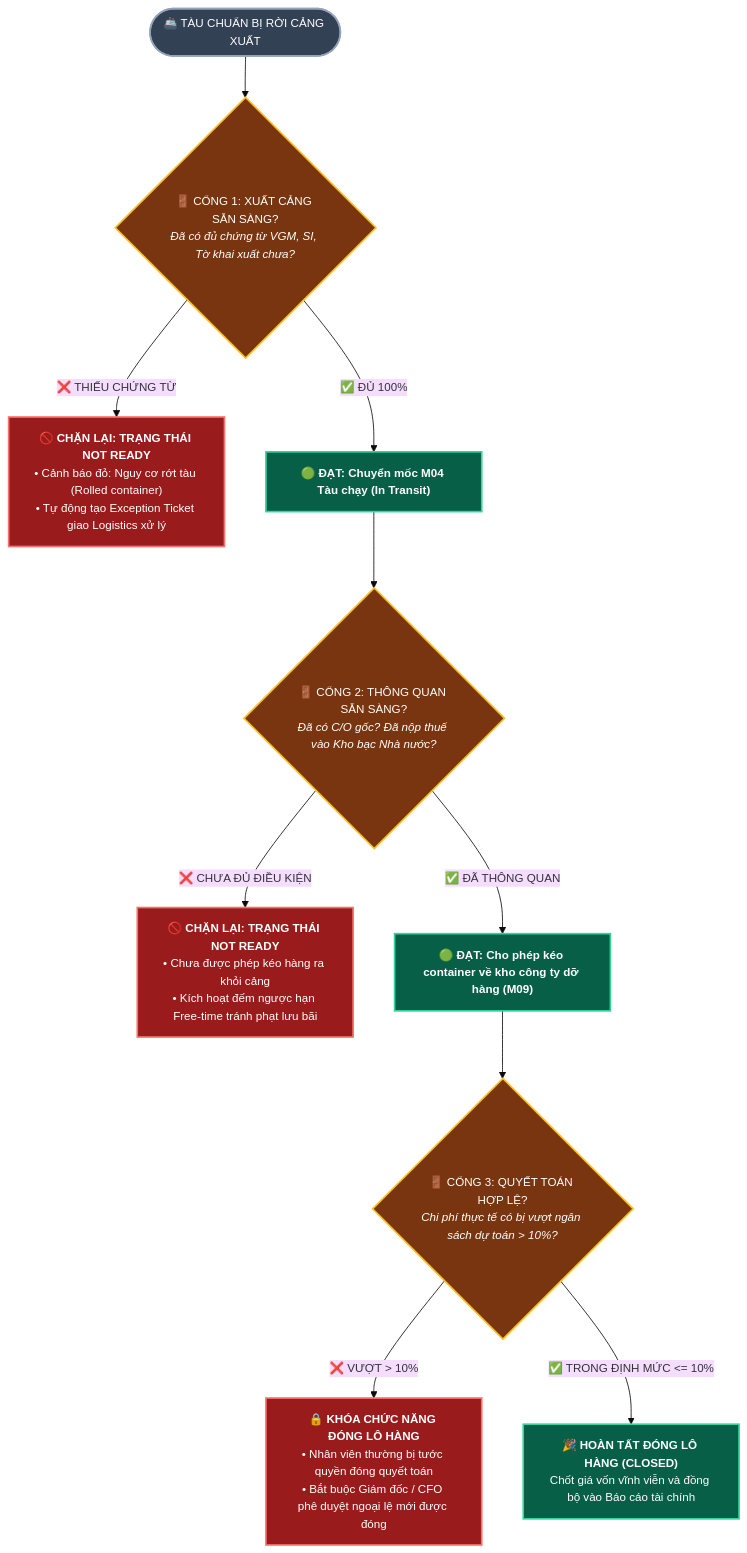
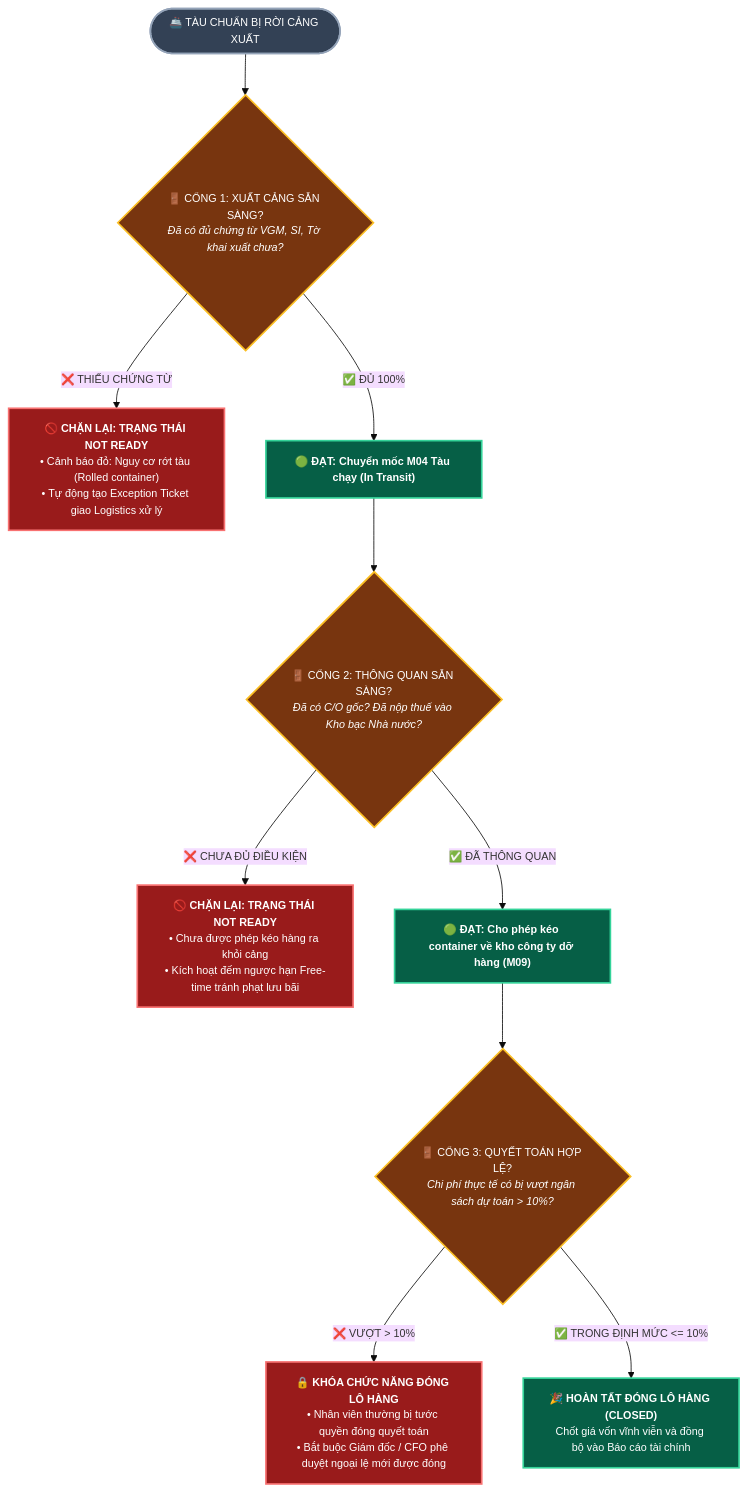
The fourth of 4 diagrams in KIEN_TRUC_HE_THONG_QUAN_TRI_XUAT_NHAP_KHAU.md (capkimkhanh2k5/Logistics_ERPNext_RAG), drawn with Mermaid before and after one commit. The commit also changed other lines of this file, not shown here.

Commit message:
fix(diagrams): resolve text overlap in T5 and integrate Trade Case vs Shipment model

````diff
--- a/KIEN_TRUC_HE_THONG_QUAN_TRI_XUAT_NHAP_KHAU.md
+++ b/KIEN_TRUC_HE_THONG_QUAN_TRI_XUAT_NHAP_KHAU.md
@@ -261,34 +220,29 @@
 ```mermaid
-%%{init: {'theme': 'base', 'themeVariables': { 'fontFamily': 'Arial, sans-serif', 'fontSize': '14px'}}}%%
+%%{init: {'theme': 'base', 'themeVariables': { 'fontFamily': 'Arial, sans-serif', 'fontSize': '13px'}}}%%
 flowchart TD
-    %% KHỞI ĐẦU
     START(["🚢 TÀU CHUẨN BỊ RỜI CẢNG XUẤT"]) --> G1{"🚪 CỔNG 1: XUẤT CẢNG SẴN SÀNG?<br><i>Đã có đủ chứng từ VGM, SI, Tờ khai xuất chưa?</i>"}
 
-    %% GATE 1
     G1 -- "❌ THIẾU CHỨNG TỪ" --> STOP1["🚫 <b>CHẶN LẠI: TRẠNG THÁI NOT READY</b><br>• Cảnh báo đỏ: Nguy cơ rớt tàu (Rolled container)<br>• Tự động tạo Exception Ticket giao Logistics xử lý"]
     G1 -- "✅ ĐỦ 100%" --> PASS1["🟢 <b>ĐẠT: Chuyển mốc M04 Tàu chạy (In Transit)</b>"]
 
-    %% GATE 2
     PASS1 --> G2{"🚪 CỔNG 2: THÔNG QUAN SẴN SÀNG?<br><i>Đã có C/O gốc? Đã nộp thuế vào Kho bạc Nhà nước?</i>"}
     G2 -- "❌ CHƯA ĐỦ ĐIỀU KIỆN" --> STOP2["🚫 <b>CHẶN LẠI: TRẠNG THÁI NOT READY</b><br>• Chưa được phép kéo hàng ra khỏi cảng<br>• Kích hoạt đếm ngược hạn Free-time tránh phạt lưu bãi"]
     G2 -- "✅ ĐÃ THÔNG QUAN" --> PASS2["🟢 <b>ĐẠT: Cho phép kéo container về kho công ty dỡ hàng (M09)</b>"]
 
-    %% GATE 3
     PASS2 --> G3{"🚪 CỔNG 3: QUYẾT TOÁN HỢP LỆ?<br><i>Chi phí thực tế có bị vượt ngân sách dự toán > 10%?</i>"}
     G3 -- "❌ VƯỢT > 10%" --> STOP3["🔒 <b>KHÓA CHỨC NĂNG ĐÓNG LÔ HÀNG</b><br>• Nhân viên thường bị tước quyền đóng quyết toán<br>• Bắt buộc Giám đốc / CFO phê duyệt ngoại lệ mới được đóng"]
     G3 -- "✅ TRONG ĐỊNH MỨC <= 10%" --> PASS3["🎉 <b>HOÀN TẤT ĐÓNG LÔ HÀNG (CLOSED)</b><br>Chốt giá vốn vĩnh viễn và đồng bộ vào Báo cáo tài chính"]
 
-    %% STYLE MÀU SẮC ĐÈN GIAO THÔNG RÕ RÀNG
     style START fill:#334155,stroke:#94A3B8,color:#FFFFFF,stroke-width:2px
     style G1 fill:#78350F,stroke:#FBBF24,color:#FFFFFF,stroke-width:2px
     style G2 fill:#78350F,stroke:#FBBF24,color:#FFFFFF,stroke-width:2px
     style G3 fill:#78350F,stroke:#FBBF24,color:#FFFFFF,stroke-width:2px
 
     style STOP1 fill:#991B1B,stroke:#F87171,color:#FFFFFF,stroke-width:2px
     style STOP2 fill:#991B1B,stroke:#F87171,color:#FFFFFF,stroke-width:2px
     style STOP3 fill:#991B1B,stroke:#F87171,color:#FFFFFF,stroke-width:2px
 
     style PASS1 fill:#065F46,stroke:#34D399,color:#FFFFFF,stroke-width:2px
     style PASS2 fill:#065F46,stroke:#34D399,color:#FFFFFF,stroke-width:2px
     style PASS3 fill:#065F46,stroke:#34D399,color:#FFFFFF,stroke-width:2px
 ```
````
